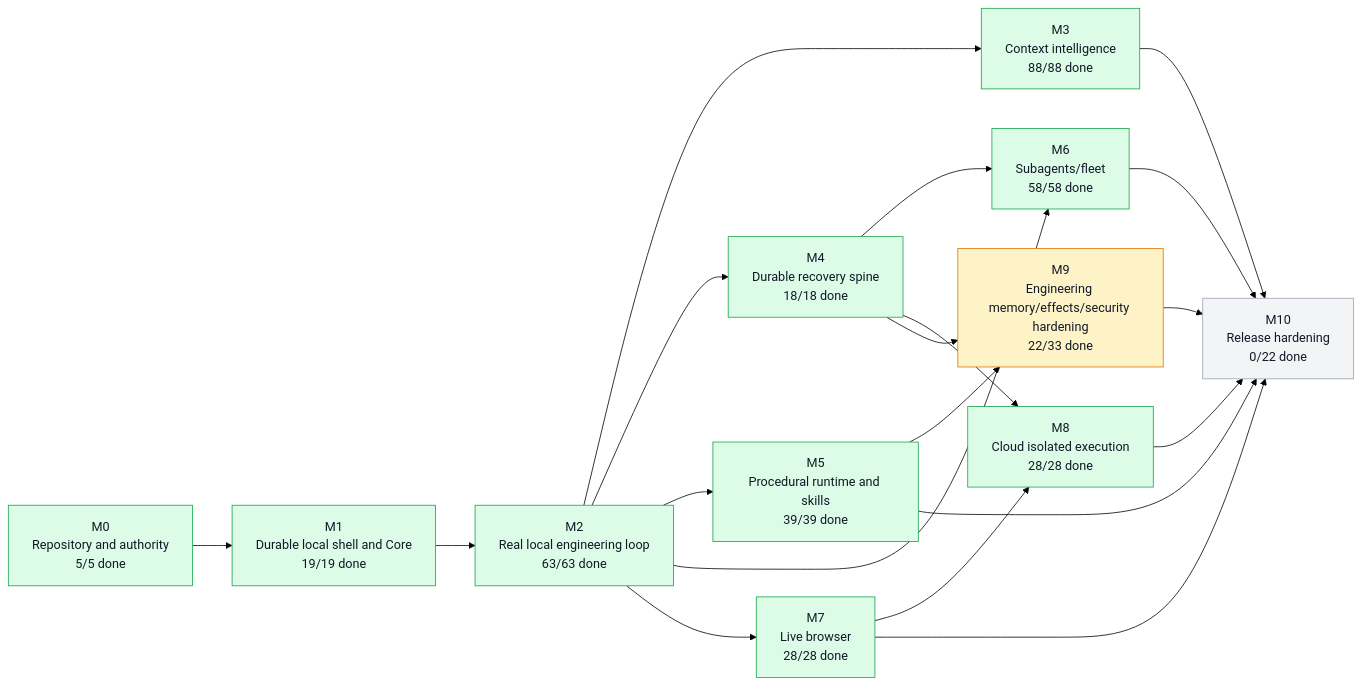
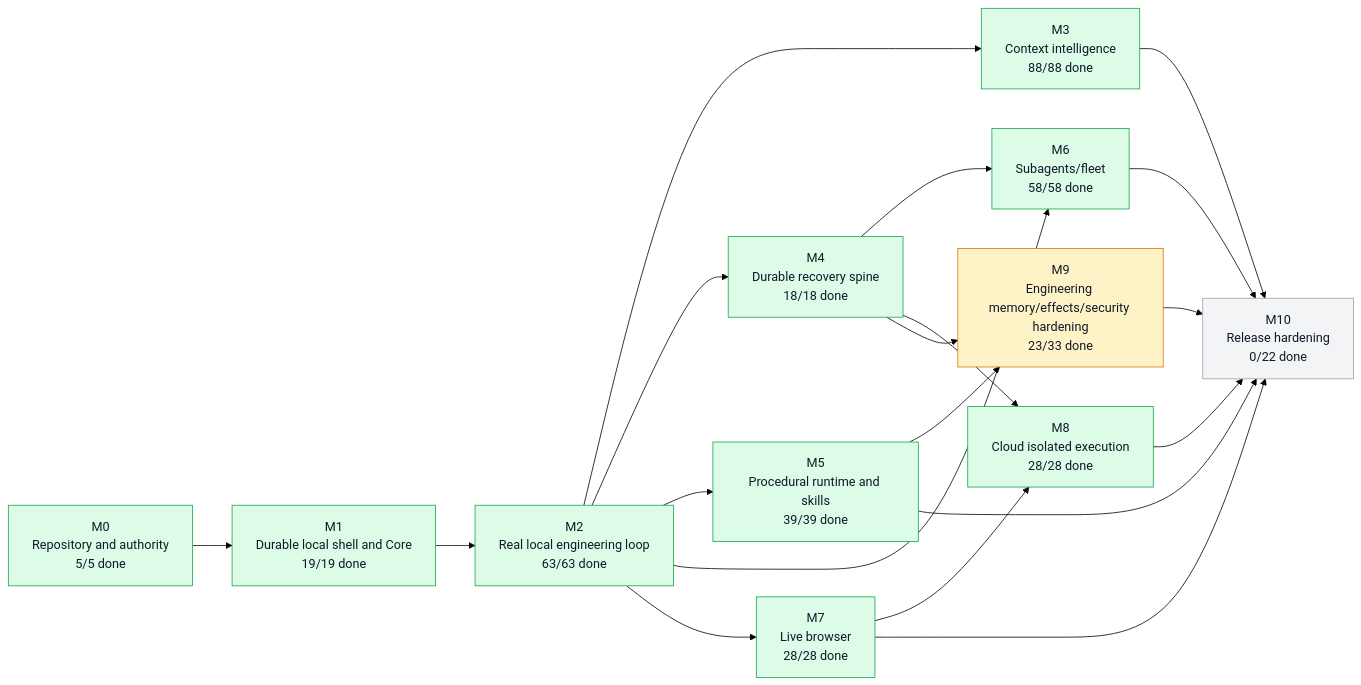
One commit to moss101/modbit changed the first of 5 diagrams in graph/PROJECT_GRAPH.md. Above: the diagram before and after it, drawn with Mermaid (forest theme). The commit also changed other lines of this file and 5 other files, not shown here.

````diff
--- a/graph/PROJECT_GRAPH.md
+++ b/graph/PROJECT_GRAPH.md
@@ -57,43 +57,43 @@
 ```mermaid
 flowchart LR
   M0["M0<br/>Repository and authority<br/>5/5 done"]
   M1["M1<br/>Durable local shell and Core<br/>19/19 done"]
   M2["M2<br/>Real local engineering loop<br/>63/63 done"]
   M3["M3<br/>Context intelligence<br/>88/88 done"]
   M4["M4<br/>Durable recovery spine<br/>18/18 done"]
   M5["M5<br/>Procedural runtime and skills<br/>39/39 done"]
   M6["M6<br/>Subagents/fleet<br/>58/58 done"]
   M7["M7<br/>Live browser<br/>28/28 done"]
   M8["M8<br/>Cloud isolated execution<br/>28/28 done"]
-  M9["M9<br/>Engineering memory/effects/security hardening<br/>22/33 done"]
+  M9["M9<br/>Engineering memory/effects/security hardening<br/>23/33 done"]
   M10["M10<br/>Release hardening<br/>0/22 done"]
   M0 --> M1
   M1 --> M2
   M2 --> M3
   M2 --> M4
   M2 --> M5
   M2 --> M6
   M4 --> M6
   M2 --> M7
   M4 --> M8
   M7 --> M8
   M4 --> M9
   M5 --> M9
   M3 --> M10
   M5 --> M10
   M6 --> M10
   M7 --> M10
   M8 --> M10
   M9 --> M10
   style M0 fill:#dcfce7,stroke:#16a34a,color:#111827
   style M1 fill:#dcfce7,stroke:#16a34a,color:#111827
   style M2 fill:#dcfce7,stroke:#16a34a,color:#111827
   style M3 fill:#dcfce7,stroke:#16a34a,color:#111827
   style M4 fill:#dcfce7,stroke:#16a34a,color:#111827
   style M5 fill:#dcfce7,stroke:#16a34a,color:#111827
   style M6 fill:#dcfce7,stroke:#16a34a,color:#111827
   style M7 fill:#dcfce7,stroke:#16a34a,color:#111827
   style M8 fill:#dcfce7,stroke:#16a34a,color:#111827
   style M9 fill:#fef3c7,stroke:#d97706,color:#111827
   style M10 fill:#f3f4f6,stroke:#9ca3af,color:#111827
 ```
````
